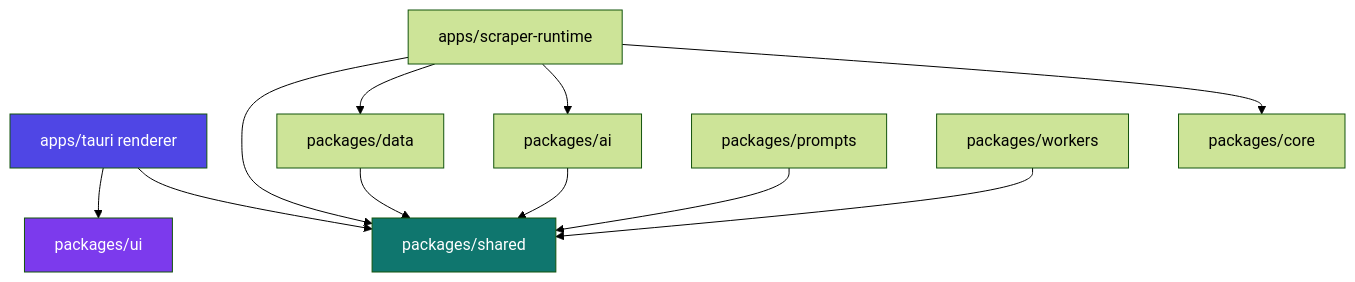
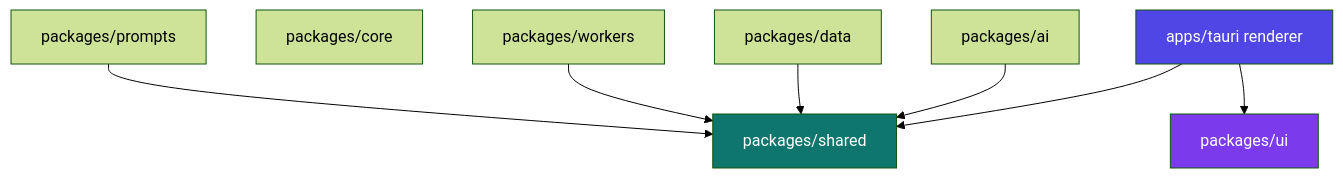
Before and after one commit to saeedkolivand/ai-job-hunter-app: the tenth of 10 diagrams in docs/ARCHITECTURE.md, drawn with Mermaid (forest theme). The commit also changed other lines of this file and 30 other files, not shown here.

````diff
--- a/docs/ARCHITECTURE.md
+++ b/docs/ARCHITECTURE.md
@@ -487,27 +487,22 @@
 ```mermaid
 graph TD
     Renderer["apps/tauri renderer"]
     Shared["packages/shared"]
     UI["packages/ui"]
     Core["packages/core"]
     AI["packages/ai"]
     Data["packages/data"]
     Prompts["packages/prompts"]
     Workers["packages/workers"]
-    Sidecar["apps/scraper-runtime"]
 
     Renderer --> Shared
     Renderer --> UI
-    Sidecar --> Core
-    Sidecar --> AI
-    Sidecar --> Data
-    Sidecar --> Shared
     AI --> Shared
     Data --> Shared
     Workers --> Shared
     Prompts --> Shared
 
     style Renderer fill:#4f46e5,color:#fff
     style UI fill:#7c3aed,color:#fff
     style Shared fill:#0f766e,color:#fff
 ```
````
